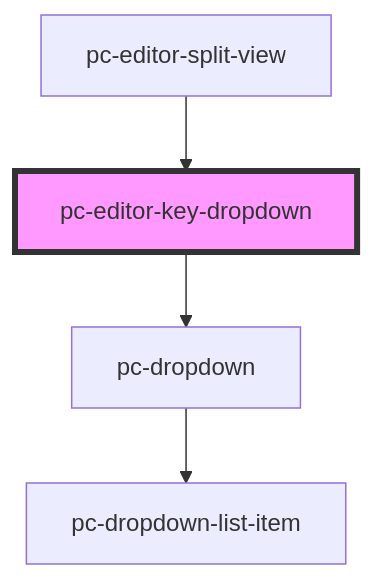
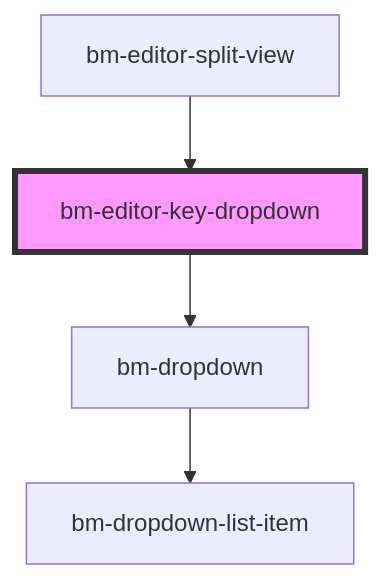
One commit to bettermusic/studio changed the diagram in packages/studio/src/components/editor-key-dropdown/readme.md. Above: the diagram before and after it, drawn with Mermaid. The commit also changed other lines of this file and 38 other files, not shown here.

````diff
--- a/packages/studio/src/components/editor-key-dropdown/readme.md
+++ b/packages/studio/src/components/editor-key-dropdown/readme.md
@@ -19,7 +19,7 @@
 ```mermaid
 graph TD;
-  pc-editor-key-dropdown --> pc-dropdown
-  pc-dropdown --> pc-dropdown-list-item
-  pc-editor-split-view --> pc-editor-key-dropdown
-  style pc-editor-key-dropdown fill:#f9f,stroke:#333,stroke-width:4px
+  bm-editor-key-dropdown --> bm-dropdown
+  bm-dropdown --> bm-dropdown-list-item
+  bm-editor-split-view --> bm-editor-key-dropdown
+  style bm-editor-key-dropdown fill:#f9f,stroke:#333,stroke-width:4px
 ```
````
